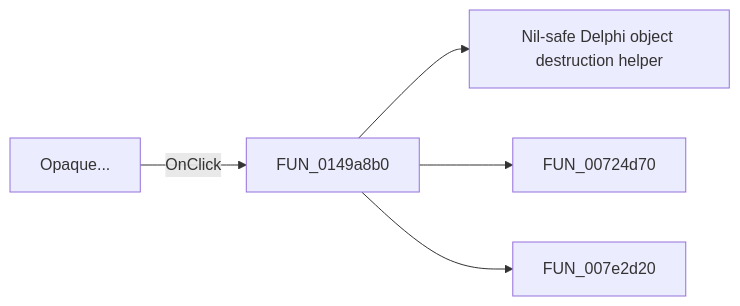
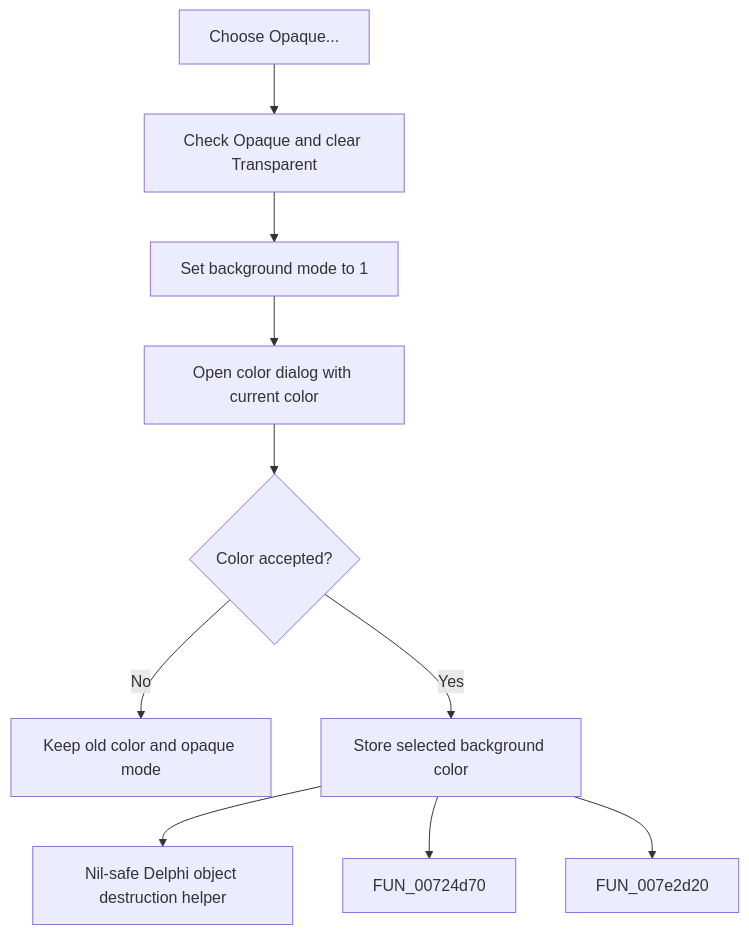
One commit to MovGP0/TIARA changed the diagram in docs/ui-controls/frmdesigntool/opaquemnu-3f61095c0d.md. Above: the diagram before and after it, drawn with Mermaid. The commit also changed other lines of this file and 387 other files, not shown here.

````diff
--- a/docs/ui-controls/frmdesigntool/opaquemnu-3f61095c0d.md
+++ b/docs/ui-controls/frmdesigntool/opaquemnu-3f61095c0d.md
@@ -27,7 +27,12 @@
 ```mermaid
-flowchart LR
-    control["Opaque..."] -->|OnClick| handler["FUN_0149a8b0"]
+flowchart TD
+    control["Choose Opaque..."] --> checks["Check Opaque and clear Transparent"]
+    checks --> mode["Set background mode to 1"]
+    mode --> dialog["Open color dialog with current color"]
+    dialog --> accepted{"Color accepted?"}
+    accepted -->|No| keep["Keep old color and opaque mode"]
+    accepted -->|Yes| handler["Store selected background color"]
     handler --> call1["Nil-safe Delphi object destruction helper"]
     handler --> call2["FUN_00724d70"]
     handler --> call3["FUN_007e2d20"]
 ```
````
